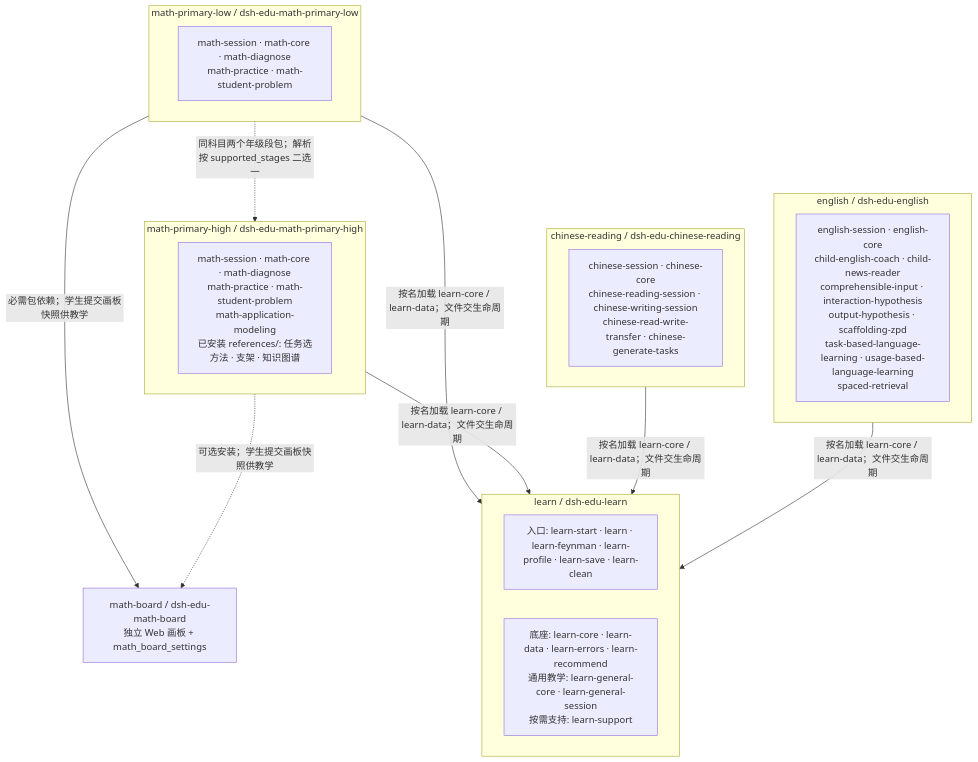
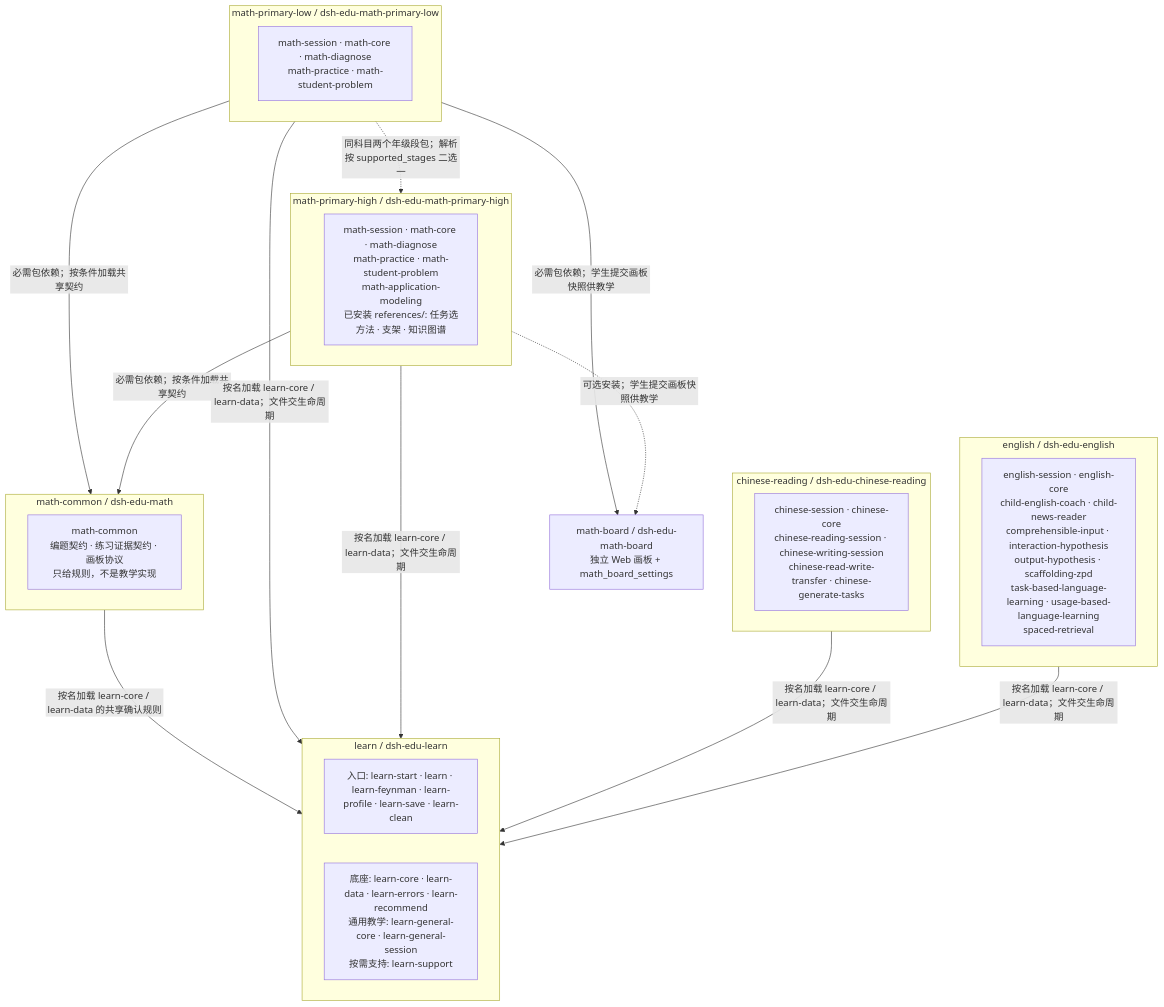
One commit to gengyabc/baicai-edu changed the first of 20 diagrams in docs/skill-map/call-graph.md. Above: the diagram before and after it, drawn with Mermaid. The commit also changed other lines of this file and 8 other files, not shown here.

````diff
--- a/docs/skill-map/call-graph.md
+++ b/docs/skill-map/call-graph.md
@@ -12,32 +12,39 @@
 ```mermaid
 flowchart TB
   subgraph learn_pkg["learn / dsh-edu-learn"]
     L_entries["入口: learn-start · learn · learn-feynman · learn-profile · learn-save · learn-clean"]
     L_shared["底座: learn-core · learn-data · learn-errors · learn-recommend<br/>通用教学: learn-general-core · learn-general-session<br/>按需支持: learn-support"]
+  end
+
+  subgraph math_common_pkg["math-common / dsh-edu-math"]
+    MCOM["math-common<br/>编题契约 · 练习证据契约 · 画板协议<br/>只给规则，不是教学实现"]
   end
 
   subgraph math_low_pkg["math-primary-low / dsh-edu-math-primary-low"]
     ML["math-session · math-core · math-diagnose<br/>math-practice · math-student-problem"]
   end
 
   subgraph math_high_pkg["math-primary-high / dsh-edu-math-primary-high"]
     MH["math-session · math-core · math-diagnose<br/>math-practice · math-student-problem<br/>math-application-modeling<br/>已安装 references/: 任务选方法 · 支架 · 知识图谱"]
   end
 
   subgraph chinese_pkg["chinese-reading / dsh-edu-chinese-reading"]
     C["chinese-session · chinese-core<br/>chinese-reading-session · chinese-writing-session<br/>chinese-read-write-transfer · chinese-generate-tasks"]
   end
 
   subgraph english_pkg["english / dsh-edu-english"]
     E["english-session · english-core<br/>child-english-coach · child-news-reader<br/>comprehensible-input · interaction-hypothesis<br/>output-hypothesis · scaffolding-zpd<br/>task-based-language-learning · usage-based-language-learning<br/>spaced-retrieval"]
   end
 
   MB["math-board / dsh-edu-math-board<br/>独立 Web 画板 + math_board_settings"]
   math_low_pkg -->|必需包依赖；学生提交画板快照供教学| MB
   math_high_pkg -.->|可选安装；学生提交画板快照供教学| MB
+  math_low_pkg -->|必需包依赖；按条件加载共享契约| math_common_pkg
+  math_high_pkg -->|必需包依赖；按条件加载共享契约| math_common_pkg
+  math_common_pkg -->|按名加载 learn-core / learn-data 的共享确认规则| learn_pkg
   math_low_pkg -->|按名加载 learn-core / learn-data；文件交生命周期| learn_pkg
   math_high_pkg -->|按名加载 learn-core / learn-data；文件交生命周期| learn_pkg
   math_low_pkg -.->|同科目两个年级段包；解析按 supported_stages 二选一| math_high_pkg
   chinese_pkg -->|按名加载 learn-core / learn-data；文件交生命周期| learn_pkg
   english_pkg -->|按名加载 learn-core / learn-data；文件交生命周期| learn_pkg
 ```
````
